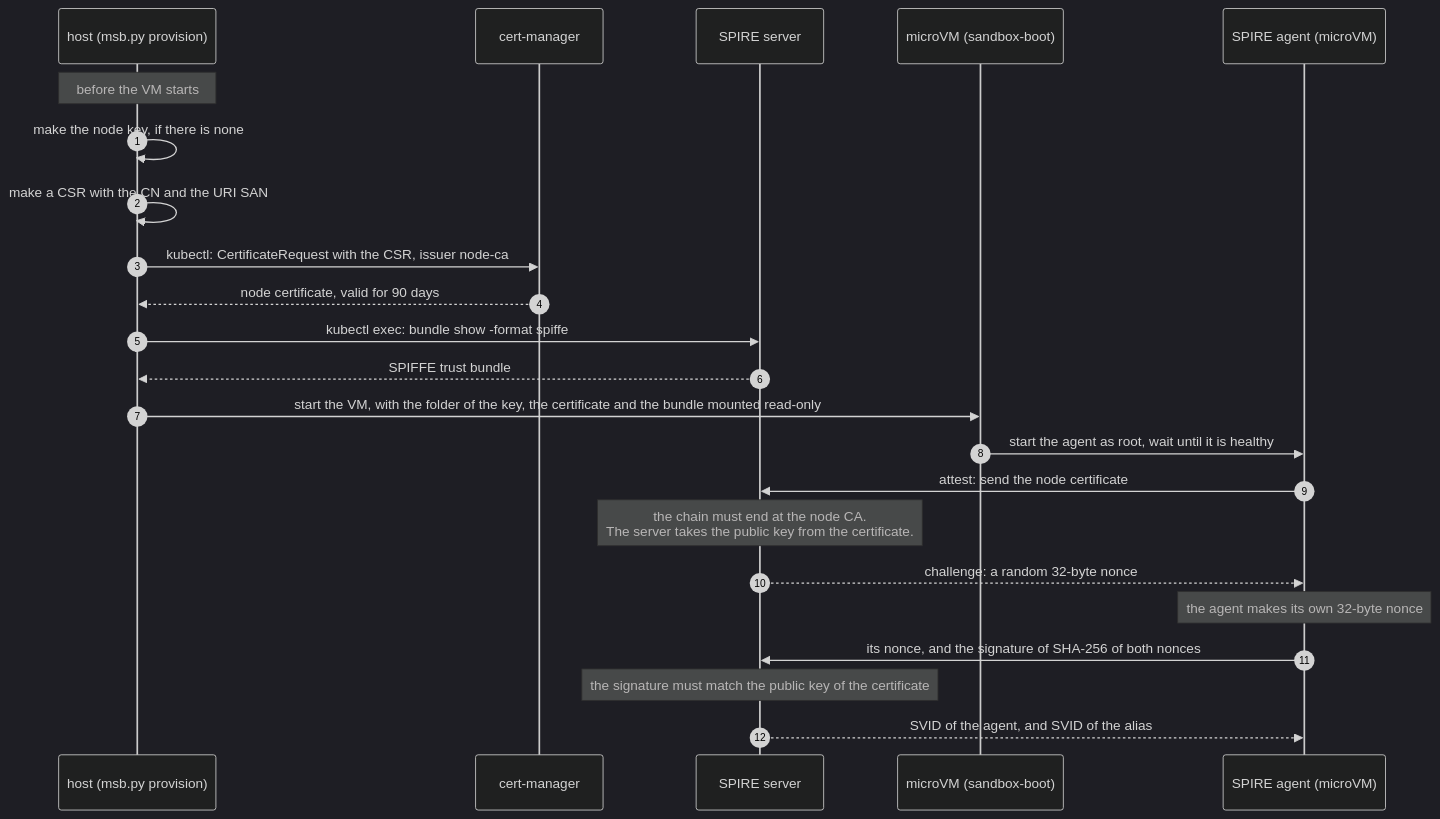
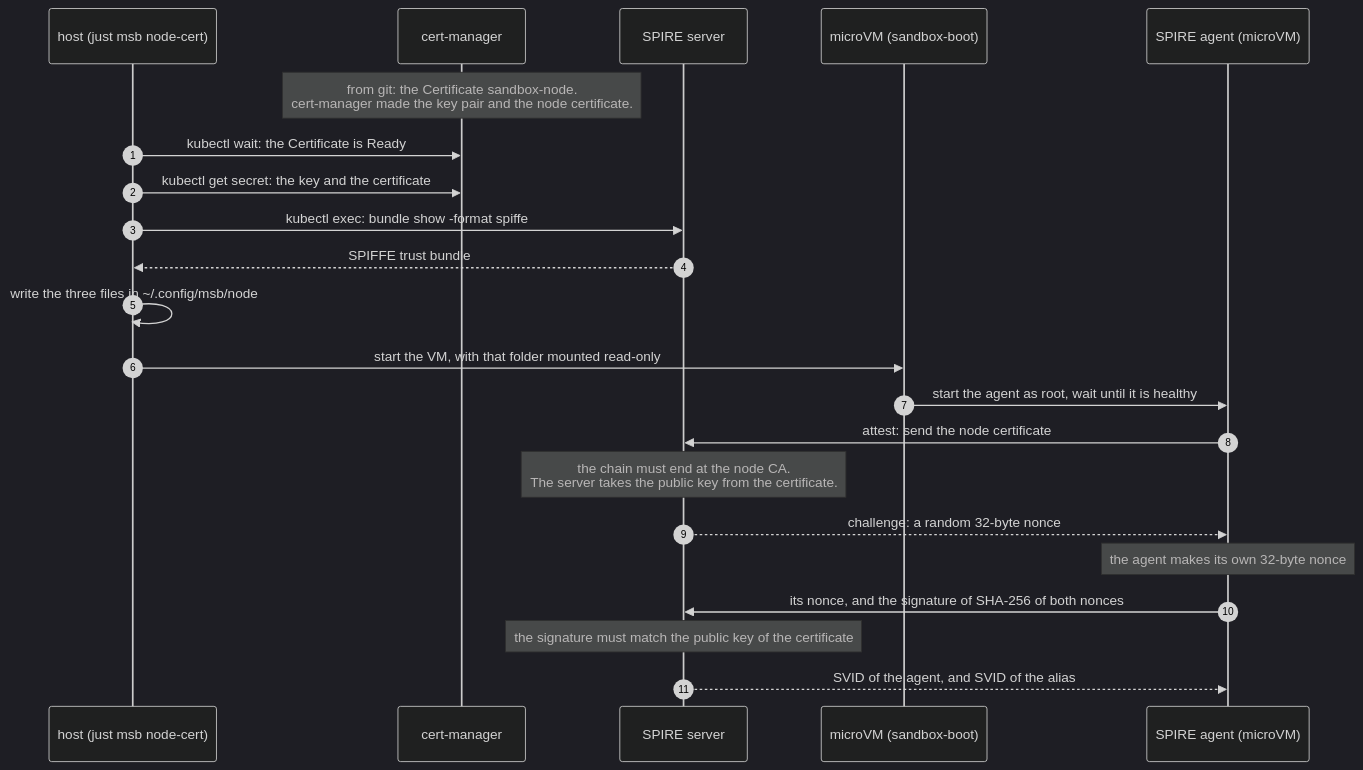
The second of 3 diagrams in code/mcp-sandbox/part-3-mcp-guardrails/docs/zero-trust-node-attestation.md (raghav19/engineersdaybook), drawn with Mermaid (dark theme) before and after one commit. The commit also changed other lines of this file and 10 other files, not shown here.

First line of the commit message:
msb: let cert-manager make the node key pair and certificate

````diff
--- a/code/mcp-sandbox/part-3-mcp-guardrails/docs/zero-trust-node-attestation.md
+++ b/code/mcp-sandbox/part-3-mcp-guardrails/docs/zero-trust-node-attestation.md
@@ -80,26 +82,25 @@
 ```mermaid
 sequenceDiagram
     autonumber
-    participant H as host (msb.py provision)
+    participant H as host (just msb node-cert)
     participant K as cert-manager
     participant S as SPIRE server
     participant M as microVM (sandbox-boot)
     participant A as SPIRE agent (microVM)
 
-    Note over H: before the VM starts
-    H->>H: make the node key, if there is none
-    H->>H: make a CSR with the CN and the URI SAN
-    H->>K: kubectl: CertificateRequest with the CSR, issuer node-ca
-    K-->>H: node certificate, valid for 90 days
+    Note over K: from git: the Certificate sandbox-node.<br/>cert-manager made the key pair and the node certificate.
+    H->>K: kubectl wait: the Certificate is Ready
+    H->>K: kubectl get secret: the key and the certificate
     H->>S: kubectl exec: bundle show -format spiffe
     S-->>H: SPIFFE trust bundle
-    H->>M: start the VM, with the folder of the key, the certificate and the bundle mounted read-only
+    H->>H: write the three files in ~/.config/msb/node
+    H->>M: start the VM, with that folder mounted read-only
     M->>A: start the agent as root, wait until it is healthy
     A->>S: attest: send the node certificate
     Note over S: the chain must end at the node CA.<br/>The server takes the public key from the certificate.
     S-->>A: challenge: a random 32-byte nonce
     Note over A: the agent makes its own 32-byte nonce
     A->>S: its nonce, and the signature of SHA-256 of both nonces
     Note over S: the signature must match the public key of the certificate
     S-->>A: SVID of the agent, and SVID of the alias
 ```
````
